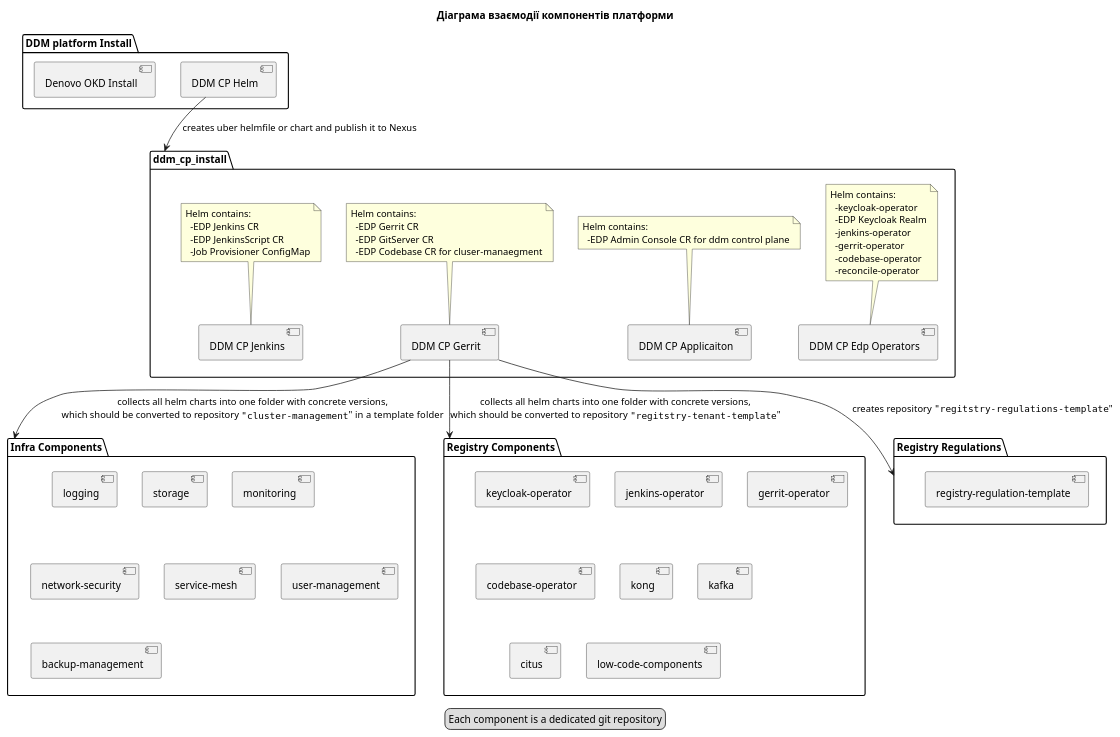
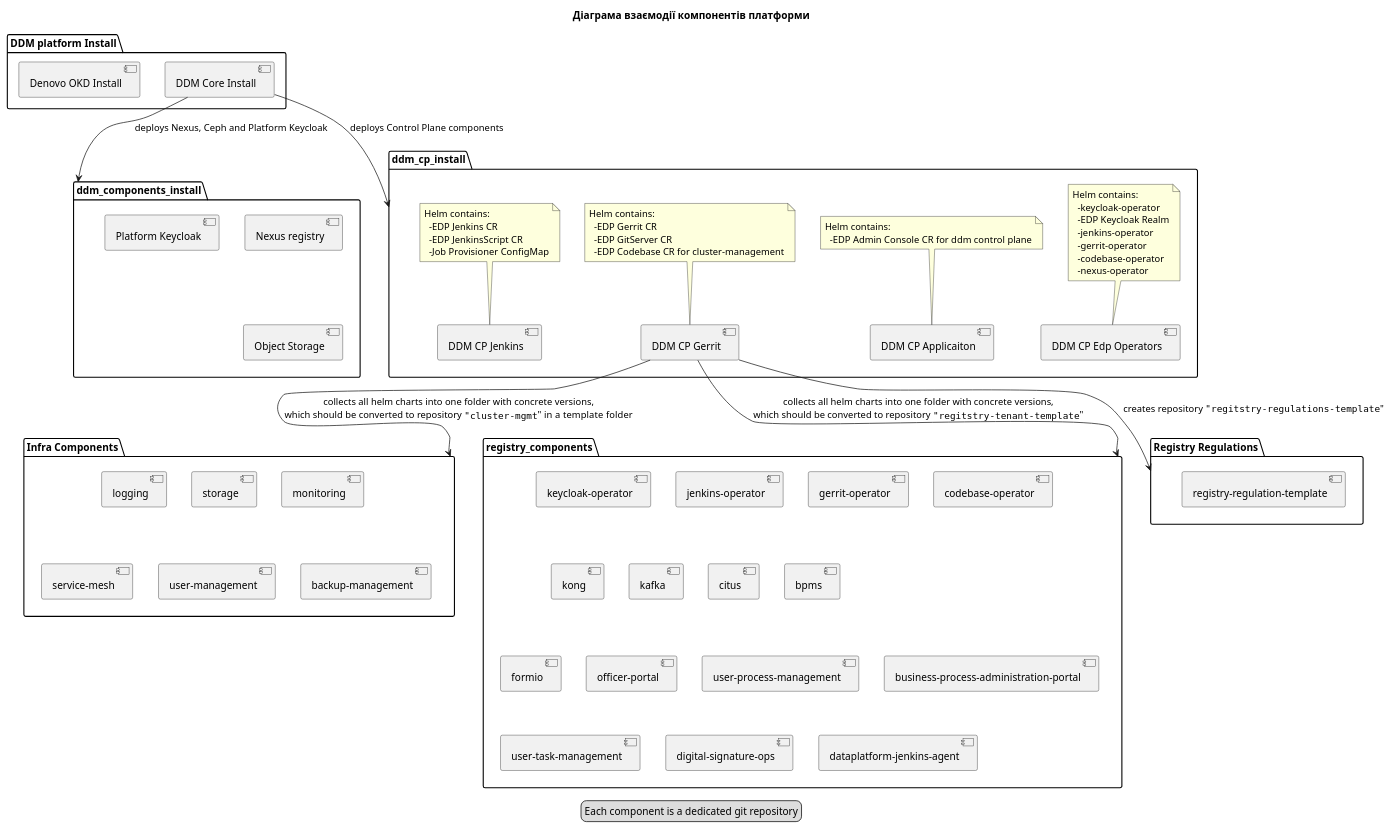
The diagram in modules/ROOT/partials/infrastructure/ddm-control-plane-components.puml (epam/edp-ddm-architecture), drawn with PlantUML before and after one commit.

Commit message:
Nexus registry added

```diff
--- a/modules/ROOT/partials/infrastructure/ddm-control-plane-components.puml
+++ b/modules/ROOT/partials/infrastructure/ddm-control-plane-components.puml
@@ -1,79 +1,97 @@
 @startuml
 
 title Діаграма взаємодії компонентів платформи
 
-package "DDM platform Install" as ddm_platrom_install{
+package "DDM platform Install" as ddm_platform_install{
   [Denovo OKD Install] as denovo_okd_install
-  [DDM CP Helm] as ddm_cp_helm
+  [DDM Core Install] as ddm_core_install
 }
-ddm_cp_helm -down-> ddm_cp_install: creates uber helmfile or chart and publish it to Nexus
+ddm_core_install -down-> ddm_components_install: deploys Nexus, Ceph and Platform Keycloak
+
+
+package "DDM Core components Install" as ddm_components_install {
+  [Nexus registry]
+  [Platform Keycloak]
+  [Object Storage]
+}
+
+ddm_core_install -down-> ddm_cp_install: deploys Control Plane components
 
 package "DDM Control Plane (CP) install" as ddm_cp_install {
   [DDM CP Edp Operators] as ddm_cp_edp_operators
   note top of ddm_cp_edp_operators
     Helm contains:
       -keycloak-operator
       -EDP Keycloak Realm
       -jenkins-operator
       -gerrit-operator
       -codebase-operator
-      -reconcile-operator
+      -nexus-operator
   end note
   [DDM CP Applicaiton] as ddm_cp_app
   note top of ddm_cp_app
     Helm contains:
       -EDP Admin Console CR for ddm control plane
   end note
   [DDM CP Gerrit] as ddm_gerrit
   note top of ddm_gerrit
     Helm contains:
       -EDP Gerrit CR
       -EDP GitServer CR
-      -EDP Codebase CR for cluser-manaegment
+      -EDP Codebase CR for cluster-management
   end note
   [DDM CP Jenkins] as ddm_jenkins
   note top of ddm_jenkins
     Helm contains:
       -EDP Jenkins CR
       -EDP JenkinsScript CR
       -Job Provisioner ConfigMap
   end note
 }
 
 package "Infra Components" as infra_components {
   [logging]
   [storage]
   [monitoring]
-  [network-security]
   [service-mesh]
   [user-management]
   [backup-management]
 }
 
-denovo_okd_install -[hidden]down-> ddm_cp_install
-ddm_gerrit -down-> infra_components : collects all helm charts into one folder with concrete versions,\nwhich should be converted to repository """cluster-management"""  in a template folder
+denovo_okd_install -[hidden]down-> ddm_components_install
+ddm_gerrit -down-> infra_components : collects all helm charts into one folder with concrete versions,\nwhich should be converted to repository """cluster-mgmt"""  in a template folder
+ddm_gerrit -[hidden]down-> infra_components
+ddm_gerrit -down-> registry_components : collects all helm charts into one folder with concrete versions,\nwhich should be converted to repository """regitstry-tenant-template"""
+
 
 package "Registry Components" as registry_components {
   [keycloak-operator]
   [jenkins-operator]
   [gerrit-operator]
   [codebase-operator]
   [kong]
   [kafka]
   [citus]
-  [low-code-components]
+  [bpms]
+  [formio]
+  [officer-portal]
+  [user-process-management]
+  [business-process-administration-portal]
+  [user-task-management]
+  [digital-signature-ops]
+  [dataplatform-jenkins-agent]
 }
 
-ddm_gerrit -down-> registry_components : collects all helm charts into one folder with concrete versions,\nwhich should be converted to repository """regitstry-tenant-template"""
+
 
 package "Registry Regulations" as registry_regulations {
   [registry-regulation-template]
 }
 
 ddm_gerrit -down-> registry_regulations : creates repository """regitstry-regulations-template"""
 
 legend
  Each component is a dedicated git repository
 end legend
 
 @enduml
```
